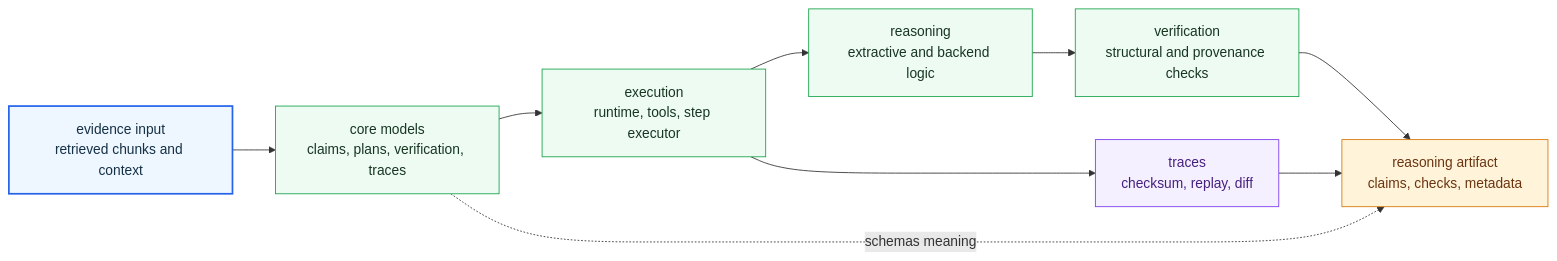
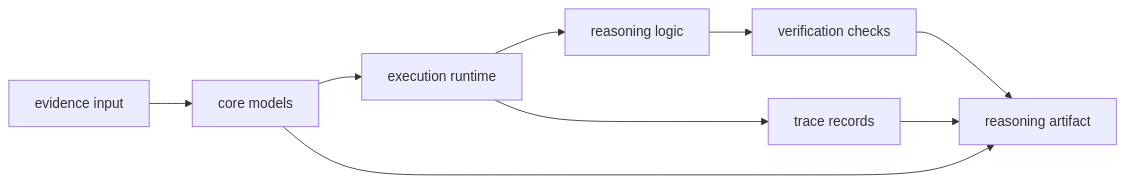
The diagram in docs/04-bijux-canon-reason/architecture/index.md (bijux/bijux-canon), drawn with Mermaid before and after one commit. The commit also changed other lines of this file, not shown here.

Commit message:
docs(reason): simplify reasoning architecture map

````diff
--- a/docs/04-bijux-canon-reason/architecture/index.md
+++ b/docs/04-bijux-canon-reason/architecture/index.md
@@ -21,23 +21,14 @@
 ```mermaid
 flowchart LR
-    evidence["evidence input<br/>retrieved chunks and context"]
-    core["core models<br/>claims, plans, verification, traces"]
-    execution["execution<br/>runtime, tools, step executor"]
-    reasoning["reasoning<br/>extractive and backend logic"]
-    verification["verification<br/>structural and provenance checks"]
-    traces["traces<br/>checksum, replay, diff"]
-    output["reasoning artifact<br/>claims, checks, metadata"]
+    evidence["evidence input"]
+    core["core models"]
+    execution["execution runtime"]
+    reasoning["reasoning logic"]
+    verification["verification checks"]
+    traces["trace records"]
+    output["reasoning artifact"]
 
     evidence --> core --> execution --> reasoning --> verification --> output
     execution --> traces --> output
-    core -. schemas meaning .-> output
-
-    classDef page fill:#eef6ff,stroke:#2563eb,color:#153145,stroke-width:2px;
-    classDef positive fill:#eefbf3,stroke:#16a34a,color:#173622;
-    classDef anchor fill:#f4f0ff,stroke:#7c3aed,color:#47207f;
-    classDef action fill:#fff4da,stroke:#d97706,color:#6b3410;
-    class evidence page;
-    class core,execution,reasoning,verification positive;
-    class traces anchor;
-    class output action;
+    core --> output
 ```
````
